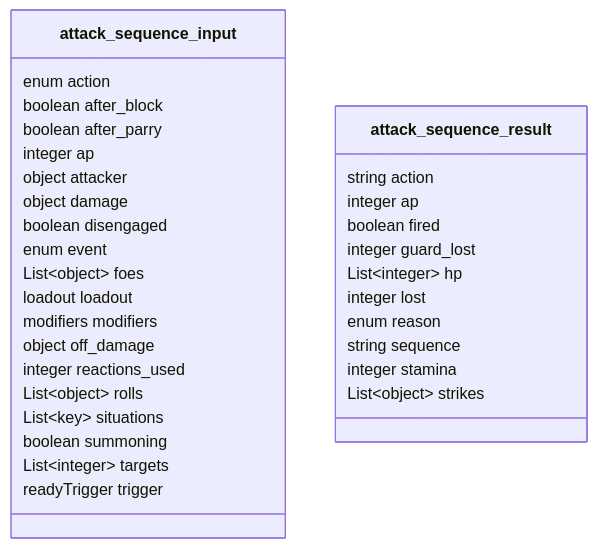
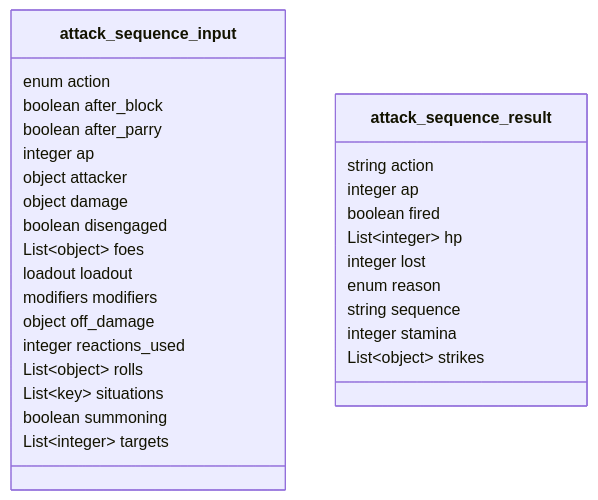
Before and after one commit to SETA1609/riftweave-core: the fourth of 29 diagrams in docs/backend/contract-diagram.md, drawn with Mermaid. The commit also changed 5 other files, not shown here.

Commit message:
GD_S19_04 Schema: drop readied, its triggers, and guard_lost

````diff
--- a/docs/backend/contract-diagram.md
+++ b/docs/backend/contract-diagram.md
@@ -186,35 +186,32 @@
 ```mermaid
 classDiagram
     class attack_sequence_input {
         enum action
         boolean after_block
         boolean after_parry
         integer ap
         object attacker
         object damage
         boolean disengaged
-        enum event
         List~object~ foes
         loadout loadout
         modifiers modifiers
         object off_damage
         integer reactions_used
         List~object~ rolls
         List~key~ situations
         boolean summoning
         List~integer~ targets
-        readyTrigger trigger
     }
     class attack_sequence_result {
         string action
         integer ap
         boolean fired
-        integer guard_lost
         List~integer~ hp
         integer lost
         enum reason
         string sequence
         integer stamina
         List~object~ strikes
     }
 ```
````
